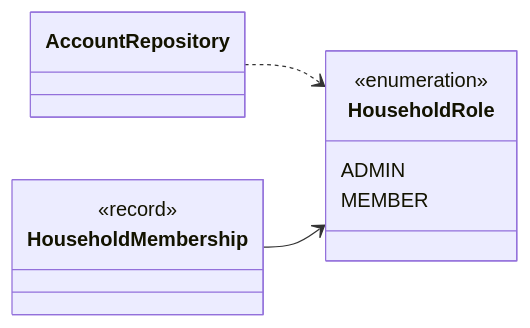
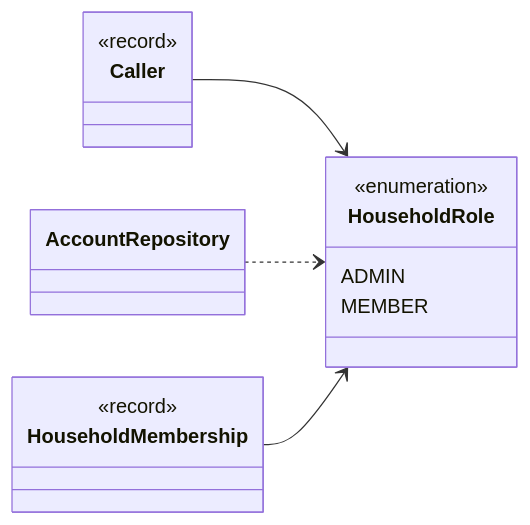
The tenth of 17 diagrams in docs/classes/auth.md (Nate-ryan-7690/dahaem), drawn with Mermaid before and after one commit. The commit also changed other lines of this file and 4 other files, not shown here.

````diff
--- a/docs/classes/auth.md
+++ b/docs/classes/auth.md
@@ -544,15 +552,19 @@
 ```mermaid
 classDiagram
     direction LR
     class auth_HouseholdRole["HouseholdRole"] {
         <<enumeration>>
         ADMIN
         MEMBER
     }
+    class api_Caller["Caller"] {
+        <<record>>
+    }
     class auth_HouseholdMembership["HouseholdMembership"] {
         <<record>>
     }
     class auth_AccountRepository["AccountRepository"]
+    api_Caller --> auth_HouseholdRole
     auth_AccountRepository ..> auth_HouseholdRole
     auth_HouseholdMembership --> auth_HouseholdRole
 ```
````
